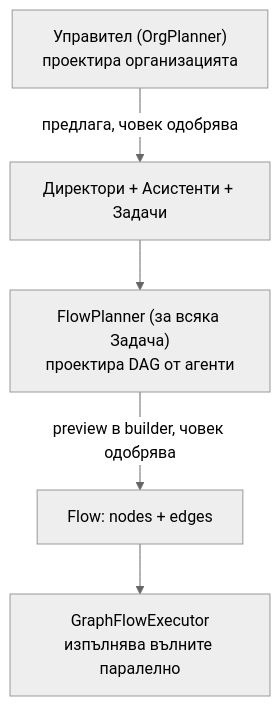
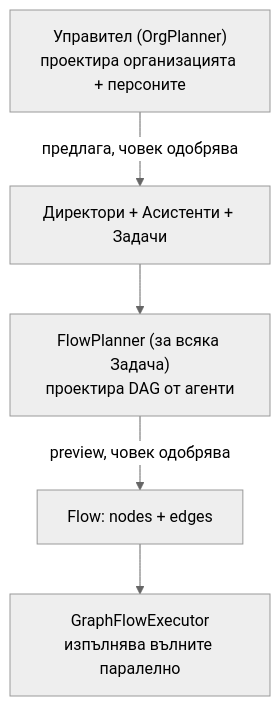
Before and after one commit to lstefanov/ai-agent-claude: the first of 8 diagrams in docs/AI-ORGANIZATION-VISION.md, drawn with Mermaid (neutral theme). The commit also changed other lines of this file and 7 other files, not shown here.

````diff
--- a/docs/AI-ORGANIZATION-VISION.md
+++ b/docs/AI-ORGANIZATION-VISION.md
@@ -60,7 +71,7 @@
 ```mermaid
 flowchart TD
-    A["Управител (OrgPlanner)<br/>проектира организацията"] -->|предлага, човек одобрява| B["Директори + Асистенти + Задачи"]
+    A["Управител (OrgPlanner)<br/>проектира организацията + персоните"] -->|предлага, човек одобрява| B["Директори + Асистенти + Задачи"]
     B --> C["FlowPlanner (за всяка Задача)<br/>проектира DAG от агенти"]
-    C -->|preview в builder, човек одобрява| D["Flow: nodes + edges"]
+    C -->|preview, човек одобрява| D["Flow: nodes + edges"]
     D --> E["GraphFlowExecutor<br/>изпълнява вълните паралелно"]
 ```
````
